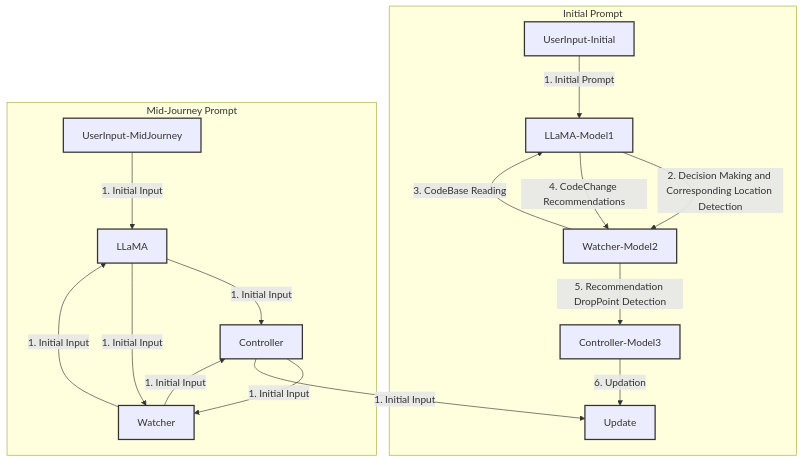
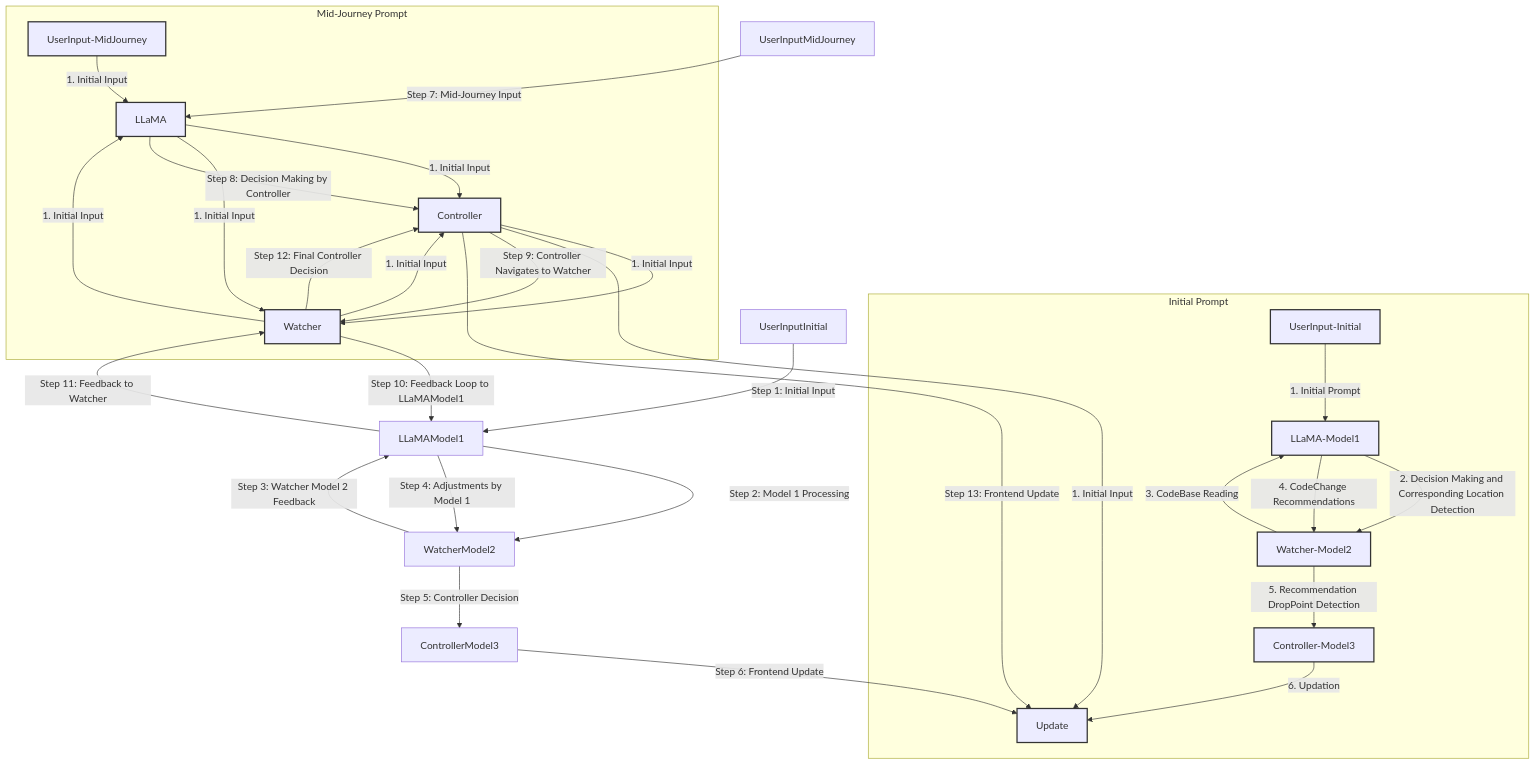
One commit to gitYourbits/LUCI changed the diagram in README.md. Above: the diagram before and after it, drawn with Mermaid.

````diff
--- a/README.md
+++ b/README.md
@@ -67,36 +67,52 @@
 ```mermaid
 graph TD
     subgraph Scenario1 [Initial Prompt]
         UserInput-Initial -->|1. Initial Prompt| LLaMA-Model1
         LLaMA-Model1 -->|2. Decision Making and Corresponding Location Detection| Watcher-Model2
         Watcher-Model2 -->|3. CodeBase Reading | LLaMA-Model1
         LLaMA-Model1 -->|4. CodeChange Recommendations| Watcher-Model2
         Watcher-Model2 -->|5. Recommendation DropPoint Detection| Controller-Model3
         Controller-Model3 -->|6. Updation| Update
     end
 
     subgraph Scenario2 [Mid-Journey Prompt]
         UserInput-MidJourney -->|1. Initial Input| LLaMA
         LLaMA -->|1. Initial Input| Controller
         Controller -->|1. Initial Input| Watcher
         Watcher -->|1. Initial Input| LLaMA
         LLaMA -->|1. Initial Input| Watcher
         Watcher -->|1. Initial Input| Controller
         Controller -->|1. Initial Input| Update
     end
 
+    %% Adding descriptions to the arrows
+    UserInputInitial -->|Step 1: Initial Input| LLaMAModel1
+    LLaMAModel1 -->|Step 2: Model 1 Processing| WatcherModel2
+    WatcherModel2 -->|Step 3: Watcher Model 2 Feedback| LLaMAModel1
+    LLaMAModel1 -->|Step 4: Adjustments by Model 1| WatcherModel2
+    WatcherModel2 -->|Step 5: Controller Decision| ControllerModel3
+    ControllerModel3 -->|Step 6: Frontend Update| Update
+
+    UserInputMidJourney -->|Step 7: Mid-Journey Input| LLaMA
+    LLaMA -->|Step 8: Decision Making by Controller| Controller
+    Controller -->|Step 9: Controller Navigates to Watcher| Watcher
+    Watcher -->|Step 10: Feedback Loop to LLaMAModel1| LLaMAModel1
+    LLaMAModel1 -->|Step 11: Feedback to Watcher| Watcher
+    Watcher -->|Step 12: Final Controller Decision| Controller
+    Controller -->|Step 13: Frontend Update| Update
+
     classDef startStyle stroke:#333,stroke-width:2px;
     class UserInput-Initial,UserInput-MidJourney startStyle;
 
     classDef llamaStyle stroke:#333,stroke-width:2px;
     class LLaMA-Model1,LLaMA llamaStyle;
 
     classDef watcherStyle stroke:#333,stroke-width:2px;
     class Watcher-Model2,Watcher watcherStyle;
 
     classDef controllerStyle stroke:#333,stroke-width:2px;
     class Controller-Model3,Controller controllerStyle;
 
     classDef endStyle stroke:#333,stroke-width:2px;
     class Update endStyle;
 ```
````
